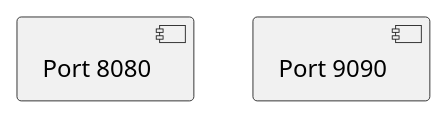
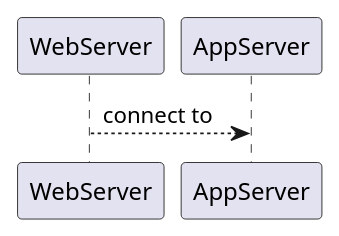
One commit to qamaruddin-qureshi/fyp-uml-diagram-generator changed the diagram in user_stories/golden_puml/component/component_Structural_Case_33.puml. Above: the diagram before and after it, drawn with PlantUML. The commit also changed 22 other files, not shown here.

First line of the commit message:
feat: Enhance component diagram extraction with robust NLP and model optimization

```diff
--- a/user_stories/golden_puml/component/component_Structural_Case_33.puml
+++ b/user_stories/golden_puml/component/component_Structural_Case_33.puml
@@ -1,5 +1,4 @@
 @startuml
 skinparam componentStyle uml2
-component "Port 8080" as Port8080
-component "Port 9090" as Port9090
+WebServer --> AppServer : connect to
 @enduml
```
